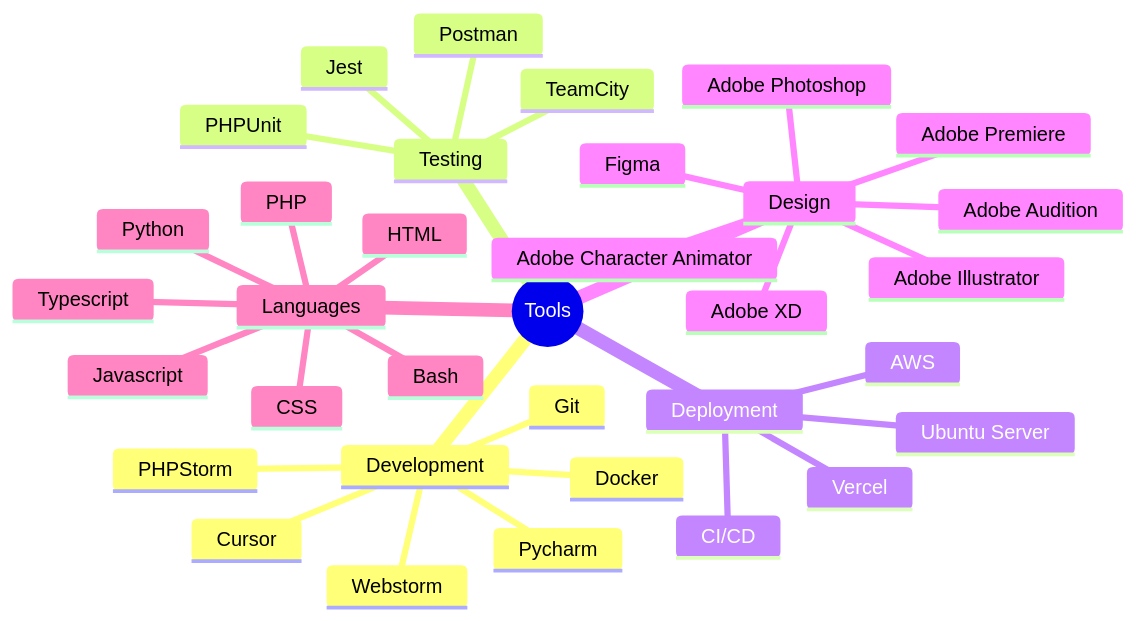
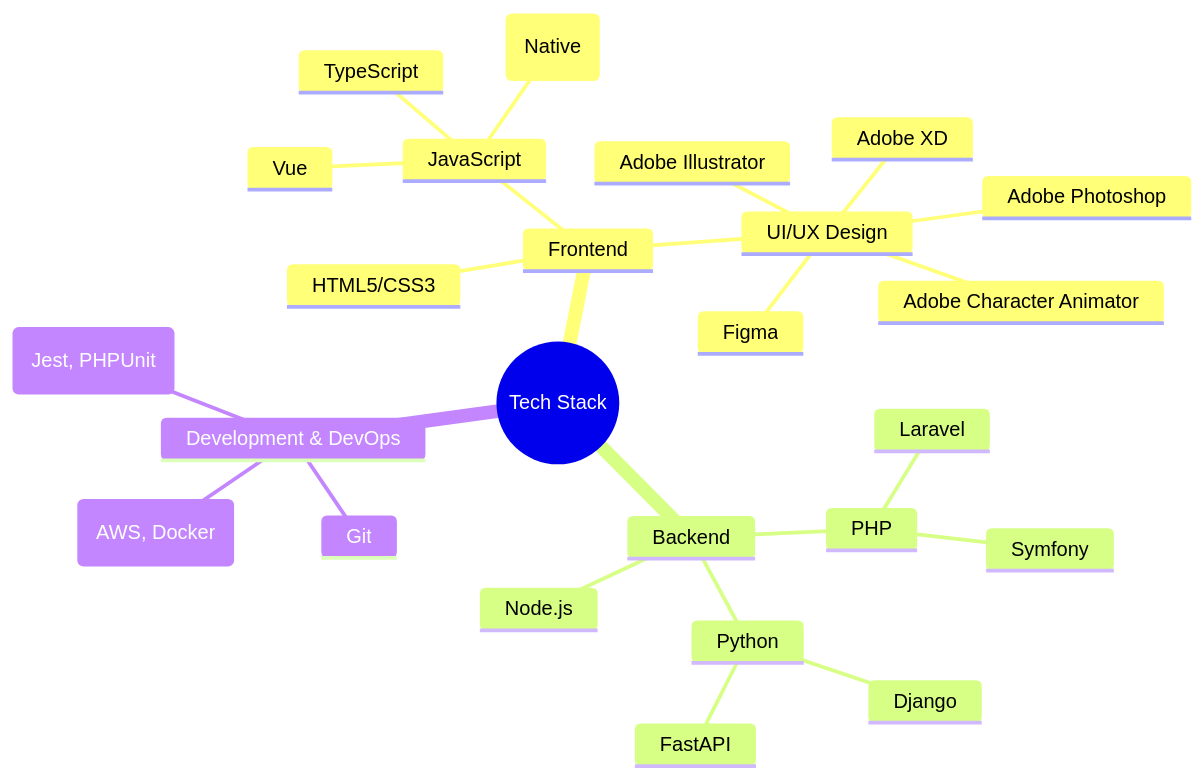
The diagram in README.md (PasperFection/PasperFection), drawn with Mermaid before and after one commit. The commit also changed other lines of this file, not shown here.

````diff
--- a/README.md
+++ b/README.md
@@ -6,41 +9,28 @@
 ```mermaid
 mindmap
-  root((Tools))
-    Development
-      Cursor
-      Docker
-      PHPStorm
-      Pycharm
-      Webstorm
-      Git
-
-    Testing
-      Jest
-      PHPUnit
-      TeamCity
-      Postman
-
-    Deployment
-      CI/CD
-      AWS
-      Vercel
-      Ubuntu Server
-
-    Design
-      Adobe Audition
-      Adobe Character Animator
-      Adobe Photoshop
-      Adobe Illustrator
-      Adobe Premiere
-      Adobe XD
-      Figma
-
-    Languages
-      HTML
-      CSS
-      Javascript
-      PHP
-      Python
-      Bash
-      Typescript
+    root((Tech Stack))
+        Frontend
+            HTML5/CSS3
+            JavaScript
+                TypeScript
+                React (Native)
+                Vue
+            UI/UX Design
+                Figma
+                Adobe XD
+                Adobe Illustrator
+                Adobe Photoshop
+                Adobe Character Animator
+        Backend
+            PHP
+                Laravel
+                Symfony
+            Python
+                Django
+                FastAPI
+            Node.js
+        Development & DevOps
+            Git
+            Testing (Jest, PHPUnit)
+            Cloud Services (AWS, Docker)
 ```
````
